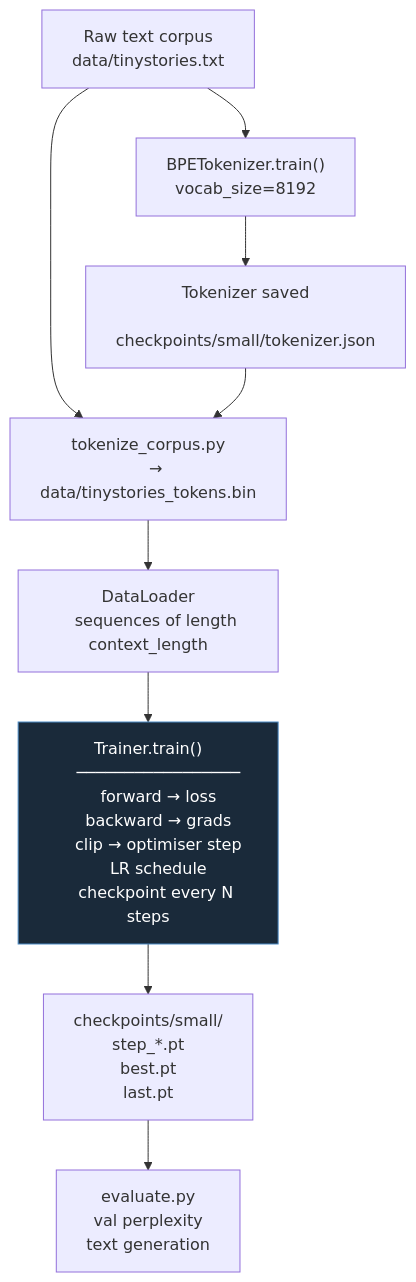
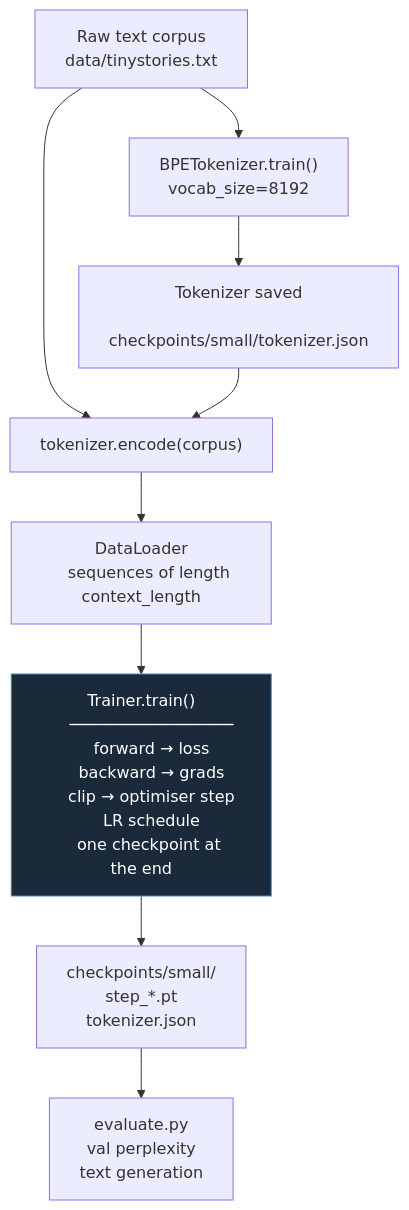
Before and after one commit to RithvikReddy0-0/KAMUI: the seventh of 7 diagrams in assets/DIAGRAMS.md, drawn with Mermaid. The commit also changed other lines of this file and 24 other files, not shown here.

````diff
--- a/assets/DIAGRAMS.md
+++ b/assets/DIAGRAMS.md
@@ -236,38 +236,36 @@
 ```mermaid
 graph TD
     RAW["Raw text corpus
     data/tinystories.txt"]
 
     RAW --> BPE["BPETokenizer.train()
     vocab_size=8192"]
 
     BPE --> TKN["Tokenizer saved
     checkpoints/small/tokenizer.json"]
 
-    RAW --> PRE["tokenize_corpus.py
-    → data/tinystories_tokens.bin"]
+    RAW --> PRE["tokenizer.encode(corpus)"]
 
     TKN --> PRE
 
     PRE --> DL["DataLoader
     sequences of length context_length"]
 
     DL --> TR["Trainer.train()
     ─────────────────
     forward → loss
     backward → grads
     clip → optimiser step
     LR schedule
-    checkpoint every N steps"]
+    one checkpoint at the end"]
 
     TR --> CKP["checkpoints/small/
     step_*.pt
-    best.pt
-    last.pt"]
+    tokenizer.json"]
 
     CKP --> EVL["evaluate.py
     val perplexity
     text generation"]
 
     style TR fill:#1a2a3a,stroke:#4a8ac4,color:#fff
 ```
````
